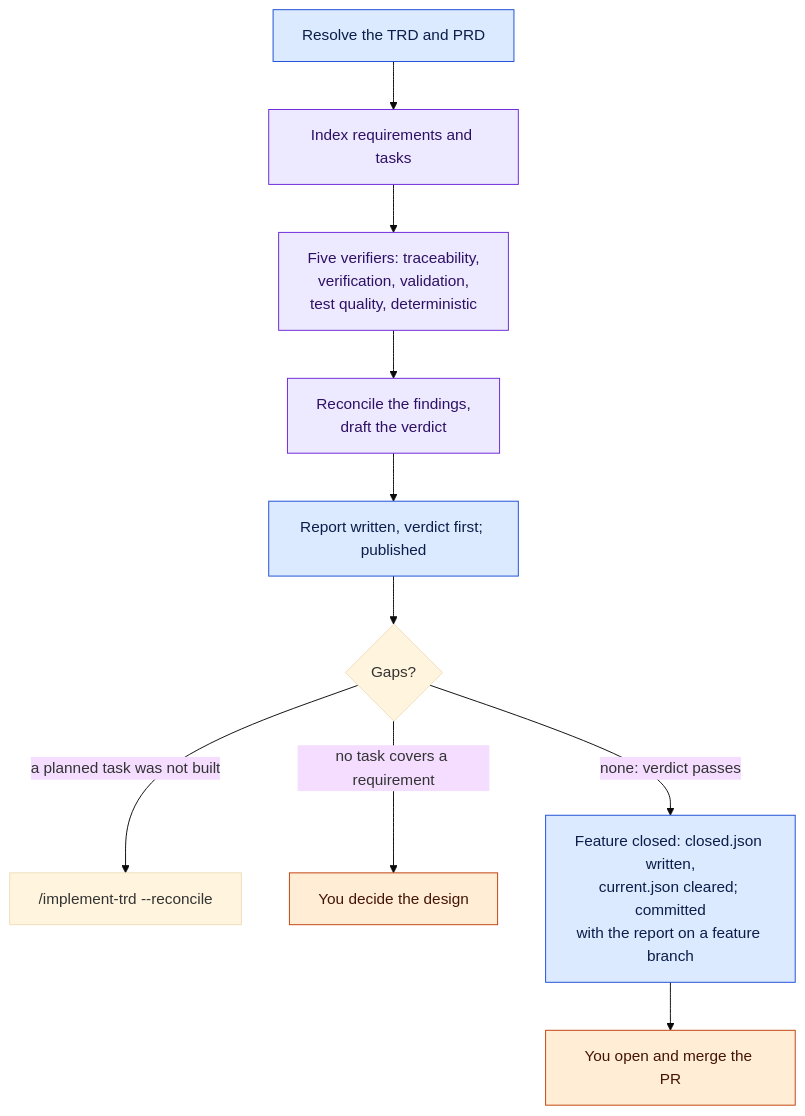
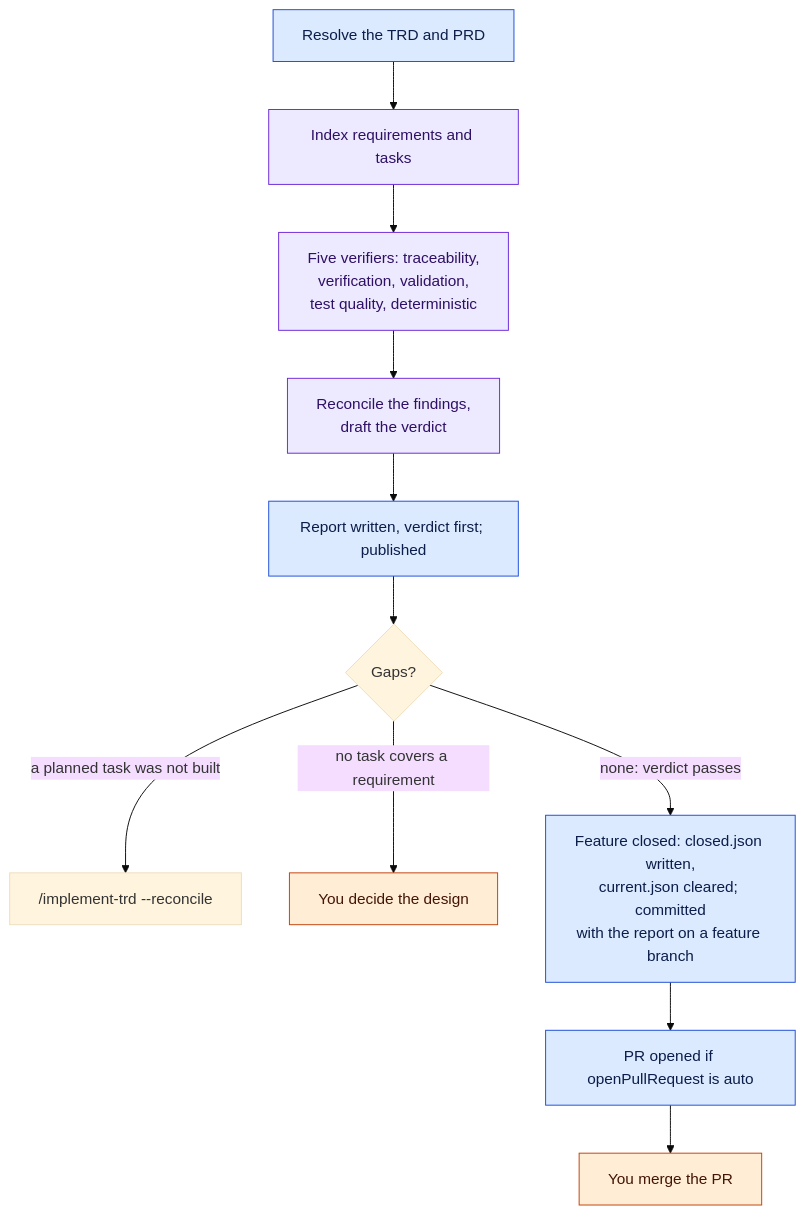
The seventh of 13 diagrams in docs/guides/PROCESS.md (FortiumPartners/ensemble-vnext), drawn with Mermaid (base theme) before and after one commit. The commit also changed other lines of this file and 128 other files, not shown here.

````diff
--- a/docs/guides/PROCESS.md
+++ b/docs/guides/PROCESS.md
@@ -209,10 +235,10 @@
 ```mermaid
 flowchart TD
     r["Resolve the TRD and PRD"]:::code --> ix["Index requirements and tasks"]:::model --> v["Five verifiers: traceability,<br/>verification, validation,<br/>test quality, deterministic"]:::model --> rc["Reconcile the findings,<br/>draft the verdict"]:::model --> rep["Report written, verdict first; published"]:::code --> g{"Gaps?"}
     g -->|"a planned task was not built"| re["/implement-trd --reconcile"]
     g -->|"no task covers a requirement"| you["You decide the design"]:::you
-    g -->|"none: verdict passes"| cl["Feature closed: closed.json written,<br/>current.json cleared; committed<br/>with the report on a feature branch"]:::code --> m["You open and merge the PR"]:::you
+    g -->|"none: verdict passes"| cl["Feature closed: closed.json written,<br/>current.json cleared; committed<br/>with the report on a feature branch"]:::code --> pr["PR opened if openPullRequest is auto"]:::code --> m["You merge the PR"]:::you
     classDef code fill:#dbeafe,stroke:#1d4ed8,color:#0b1d4a
     classDef model fill:#ede9fe,stroke:#6d28d9,color:#2e1065
     classDef you fill:#ffedd5,stroke:#c2410c,color:#431407
 ```
````
